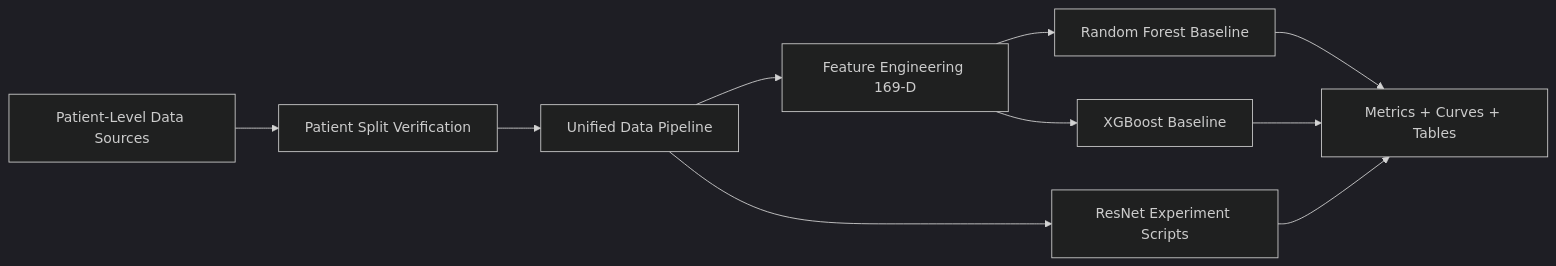
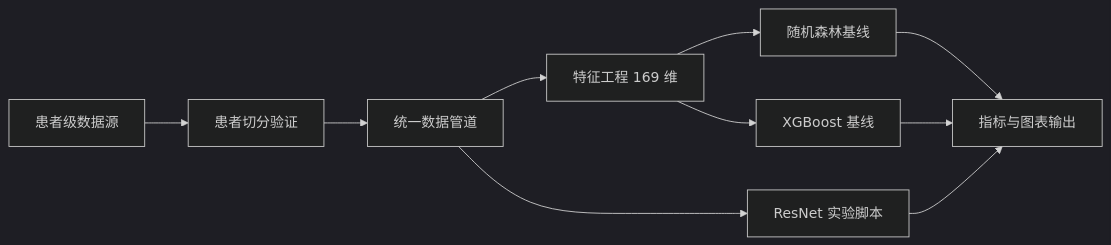
The diagram in README.md (HexBladeNB/li-shuo-esophageal-pacing-ecg-research), drawn with Mermaid (dark theme) before and after one commit. The commit also changed other lines of this file, not shown here.

````diff
--- a/README.md
+++ b/README.md
@@ -63,12 +62,12 @@
 ```mermaid
 flowchart LR
-    A[Patient-Level Data Sources] --> B[Patient Split Verification]
-    B --> C[Unified Data Pipeline]
-    C --> D[Feature Engineering 169-D]
-    D --> E1[Random Forest Baseline]
-    D --> E2[XGBoost Baseline]
-    C --> F[ResNet Experiment Scripts]
-    E1 --> G[Metrics + Curves + Tables]
+    A[患者级数据源] --> B[患者切分验证]
+    B --> C[统一数据管道]
+    C --> D[特征工程 169 维]
+    D --> E1[随机森林基线]
+    D --> E2[XGBoost 基线]
+    C --> F[ResNet 实验脚本]
+    E1 --> G[指标与图表输出]
     E2 --> G
     F --> G
 ```
````
